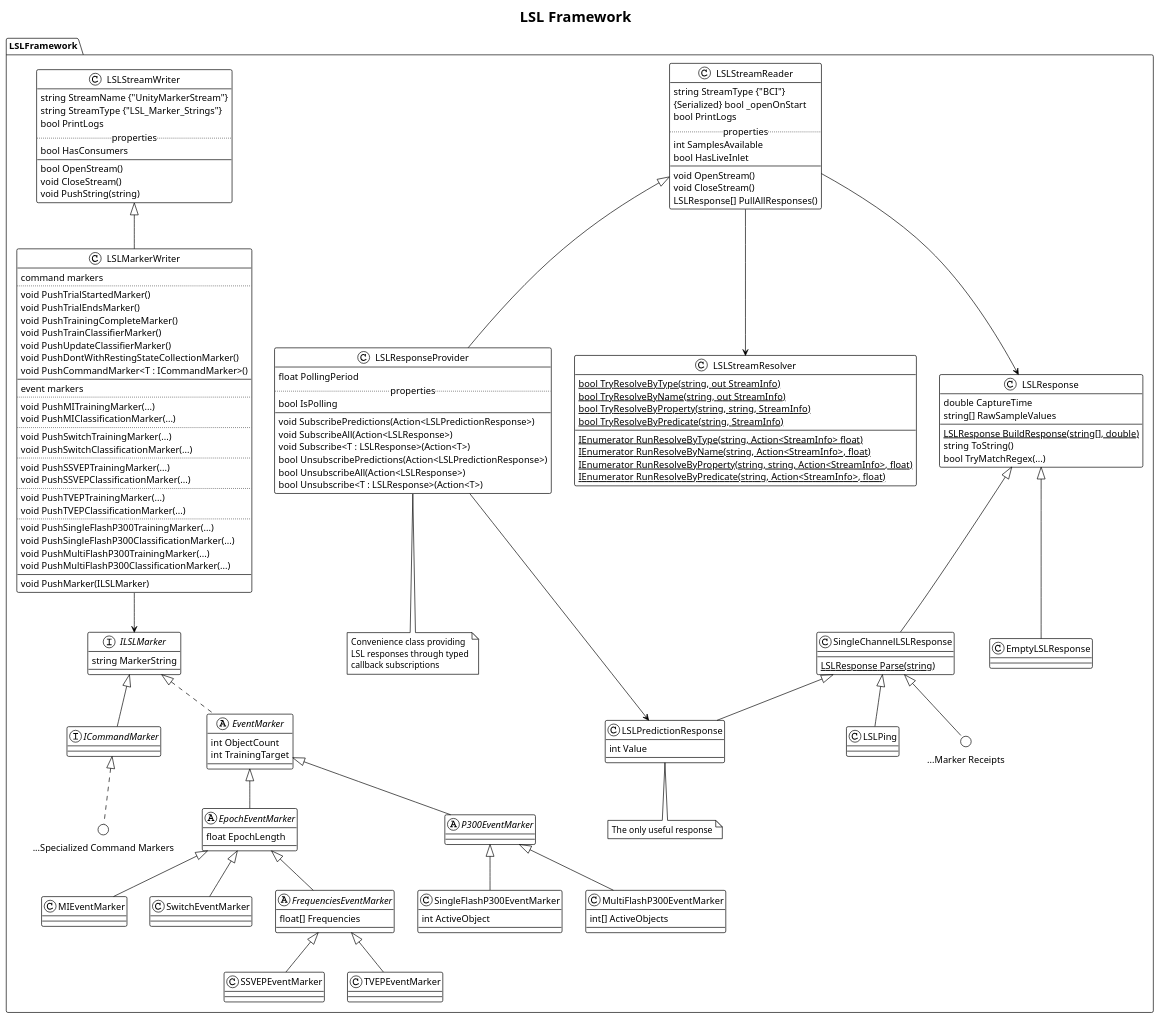
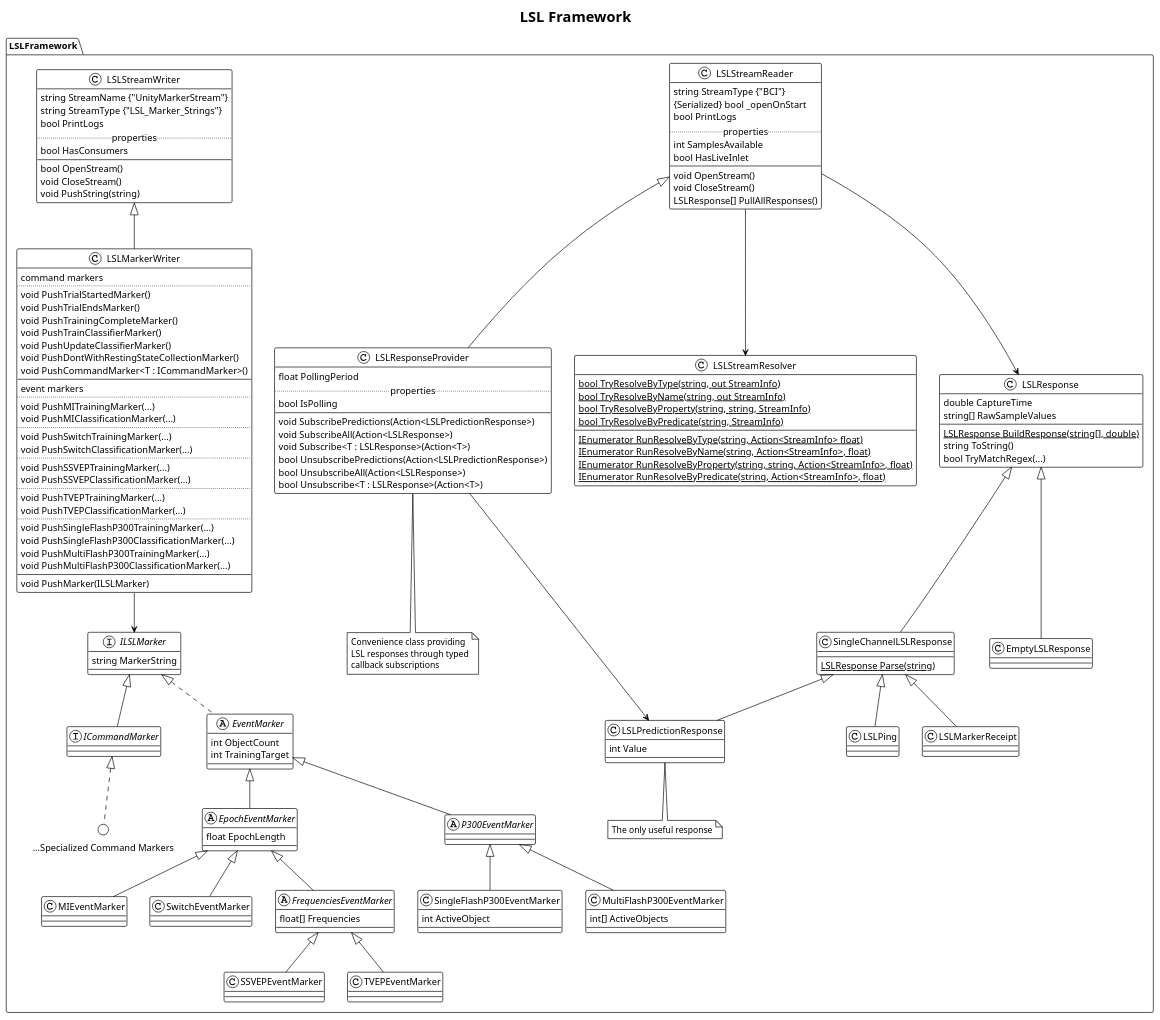
Before and after one commit to BCI-Games/bessy-docs: the diagram in content/bessy-unity/lsl-framework/lsl-framework.plantuml, drawn with PlantUML. The commit also changed 1 other file, not shown here.

Commit message:
Tweaked unity lsl framework uml diagram

```diff
--- a/content/bessy-unity/lsl-framework/lsl-framework.plantuml
+++ b/content/bessy-unity/lsl-framework/lsl-framework.plantuml
@@ -1,162 +1,162 @@
 @startuml lsl-framework
 !theme plain
 title
 LSL Framework
 end title
 
 namespace LSLFramework {
     class LSLStreamReader {
         string StreamType {"BCI"}
         {Serialized} bool _openOnStart
         bool PrintLogs
         ..properties..
         int SamplesAvailable
         bool HasLiveInlet
         --
         void OpenStream()
         void CloseStream()
         LSLResponse[] PullAllResponses()
     }
 
     class LSLResponseProvider extends LSLStreamReader {
         float PollingPeriod
         ..properties..
         bool IsPolling
         --
         void SubscribePredictions(Action<LSLPredictionResponse>)
         void SubscribeAll(Action<LSLResponse>)
         void Subscribe<T : LSLResponse>(Action<T>)
         bool UnsubscribePredictions(Action<LSLPredictionResponse>)
         bool UnsubscribeAll(Action<LSLResponse>)
         bool Unsubscribe<T : LSLResponse>(Action<T>)
     }
 
     note bottom
         Convenience class providing
         LSL responses through typed
         callback subscriptions
     end note
 
 
     class LSLStreamWriter {
         string StreamName {"UnityMarkerStream"}
         string StreamType {"LSL_Marker_Strings"}
         bool PrintLogs
         ..properties..
         bool HasConsumers
         --
         bool OpenStream()
         void CloseStream()
         void PushString(string)
     }
 
     class LSLMarkerWriter extends LSLStreamWriter {
         command markers
         ..
         void PushTrialStartedMarker()
         void PushTrialEndsMarker()
         void PushTrainingCompleteMarker()
         void PushTrainClassifierMarker()
         void PushUpdateClassifierMarker()
         void PushDontWithRestingStateCollectionMarker()
         void PushCommandMarker<T : ICommandMarker>()
         --
         event markers
         ..
         void PushMITrainingMarker(...)
         void PushMIClassificationMarker(...)
         ..
         void PushSwitchTrainingMarker(...)
         void PushSwitchClassificationMarker(...)
         ..
         void PushSSVEPTrainingMarker(...)
         void PushSSVEPClassificationMarker(...)
         ..
         void PushTVEPTrainingMarker(...)
         void PushTVEPClassificationMarker(...)
         ..
         void PushSingleFlashP300TrainingMarker(...)
         void PushSingleFlashP300ClassificationMarker(...)
         void PushMultiFlashP300TrainingMarker(...)
         void PushMultiFlashP300ClassificationMarker(...)
         --
         void PushMarker(ILSLMarker)
     }
 
 
     class LSLStreamResolver {
         {static} bool TryResolveByType(string, out StreamInfo)
         {static} bool TryResolveByName(string, out StreamInfo)
         {static} bool TryResolveByProperty(string, string, StreamInfo)
         {static} bool TryResolveByPredicate(string, StreamInfo)
         --
         {static} IEnumerator RunResolveByType(string, Action<StreamInfo> float)
         {static} IEnumerator RunResolveByName(string, Action<StreamInfo>, float)
         {static} IEnumerator RunResolveByProperty(string, string, Action<StreamInfo>, float)
         {static} IEnumerator RunResolveByPredicate(string, Action<StreamInfo>, float)
     }
 
 
     interface ILSLMarker {
         string MarkerString
     }
 
     interface ICommandMarker extends ILSLMarker
 
     circle "...Specialized Command Markers" as command_markers implements ICommandMarker
 
     abstract EventMarker implements ILSLMarker {
         int ObjectCount
         int TrainingTarget
     }
 
     abstract EpochEventMarker extends EventMarker {
         float EpochLength
     }
     class MIEventMarker extends EpochEventMarker
     class SwitchEventMarker extends EpochEventMarker
 
     abstract FrequenciesEventMarker extends EpochEventMarker {
         float[] Frequencies
     }
     class SSVEPEventMarker extends FrequenciesEventMarker
     class TVEPEventMarker extends FrequenciesEventMarker
 
     abstract P300EventMarker extends EventMarker
     class SingleFlashP300EventMarker extends P300EventMarker {
         int ActiveObject
     }
     class MultiFlashP300EventMarker extends P300EventMarker {
         int[] ActiveObjects
     }
 
 
     class LSLPredictionResponse extends SingleChannelLSLResponse {
         int Value
     }
     note bottom of LSLPredictionResponse: The only useful response
 
     class LSLResponse {
         double CaptureTime
         string[] RawSampleValues
         {static} LSLResponse BuildResponse(string[], double)
         string ToString()
         bool TryMatchRegex(...)
     }
     class EmptyLSLResponse extends LSLResponse
 
     class SingleChannelLSLResponse extends LSLResponse {
         {static} LSLResponse Parse(string)
     }
     class LSLPing extends SingleChannelLSLResponse
 
-    circle "...Marker Receipts" as marker_receipts extends SingleChannelLSLResponse
+    class LSLMarkerReceipt extends SingleChannelLSLResponse
 }
 
 
 LSLMarkerWriter --> ILSLMarker
 LSLStreamReader --> LSLResponse
 LSLStreamReader --> LSLStreamResolver
 LSLResponseProvider --> LSLPredictionResponse
 
 @enduml
```
